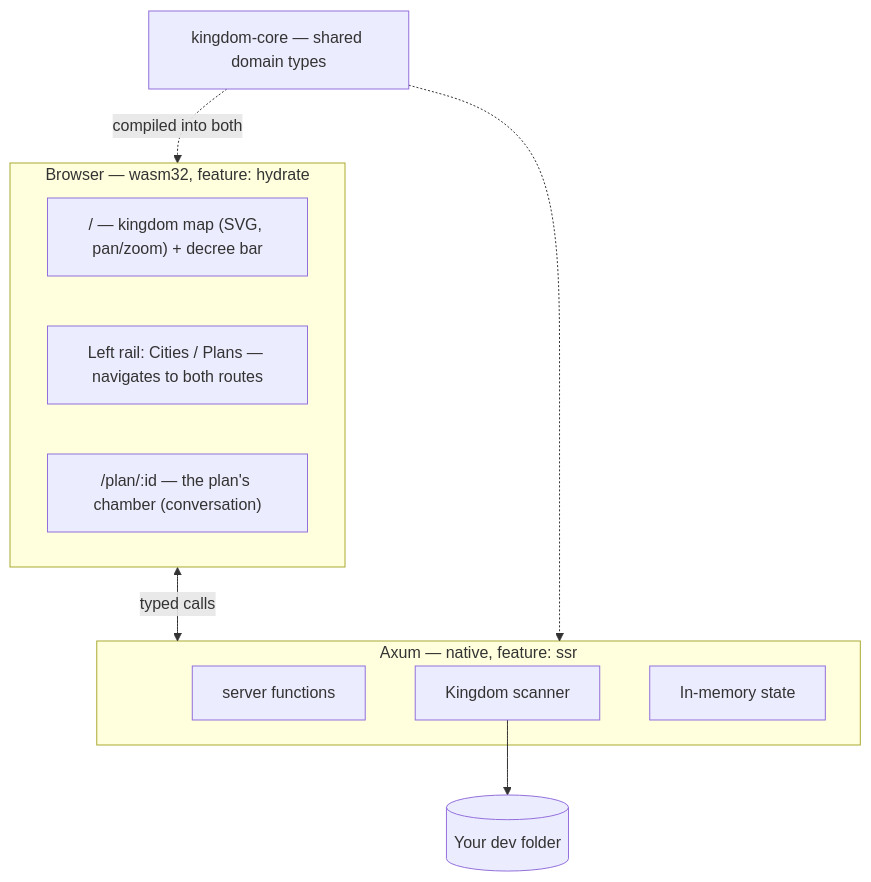
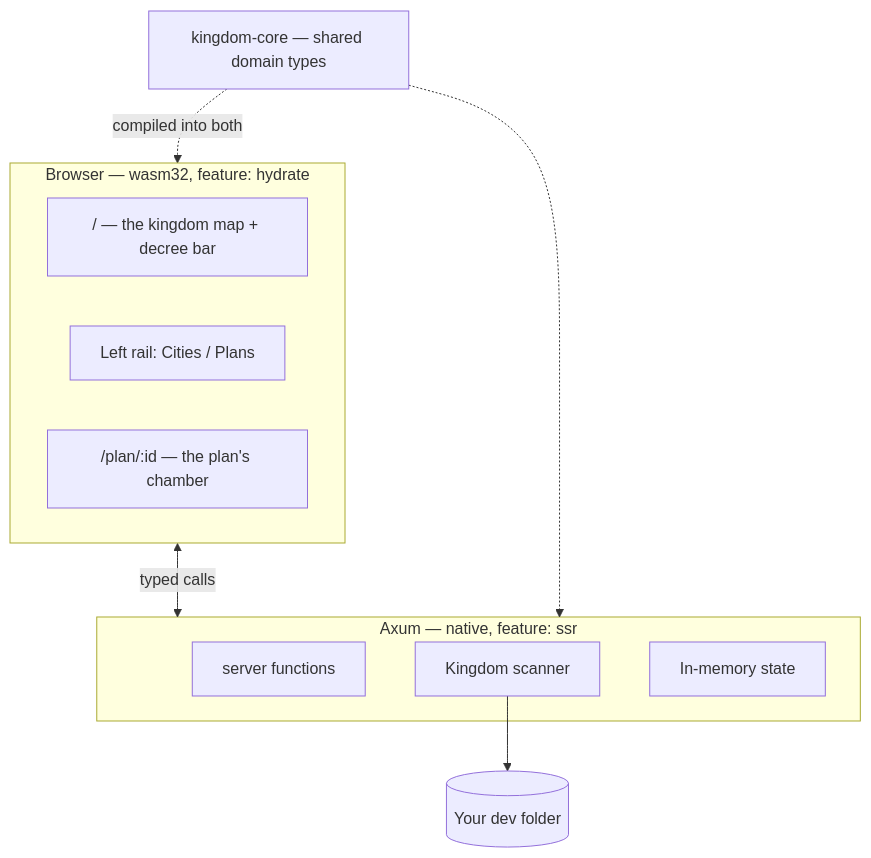
The first of 3 diagrams in docs/architecture.md (craigloewen-msft/kingdom-ide), drawn with Mermaid before and after one commit. The commit also changed other lines of this file and 87 other files, not shown here.

````diff
--- a/docs/architecture.md
+++ b/docs/architecture.md
@@ -337,20 +204,20 @@
 ```mermaid
 flowchart TB
   subgraph Browser["Browser — wasm32, feature: hydrate"]
-    Map["/ — kingdom map (SVG, pan/zoom) + decree bar"]
-    Side["Left rail: Cities / Plans — navigates to both routes"]
-    Chat["/plan/:id — the plan's chamber (conversation)"]
+    Map["/ — the kingdom map + decree bar"]
+    Side["Left rail: Cities / Plans"]
+    Chat["/plan/:id — the plan's chamber"]
   end
   subgraph Server["Axum — native, feature: ssr"]
     SF["server functions"]
     Scan["Kingdom scanner"]
     Store["In-memory state"]
   end
   Core["kingdom-core — shared domain types"]
   FS[("Your dev folder")]
 
   Browser <-->|"typed calls"| Server
   Scan --> FS
   Core -.->|"compiled into both"| Browser
   Core -.-> Server
 ```
````
